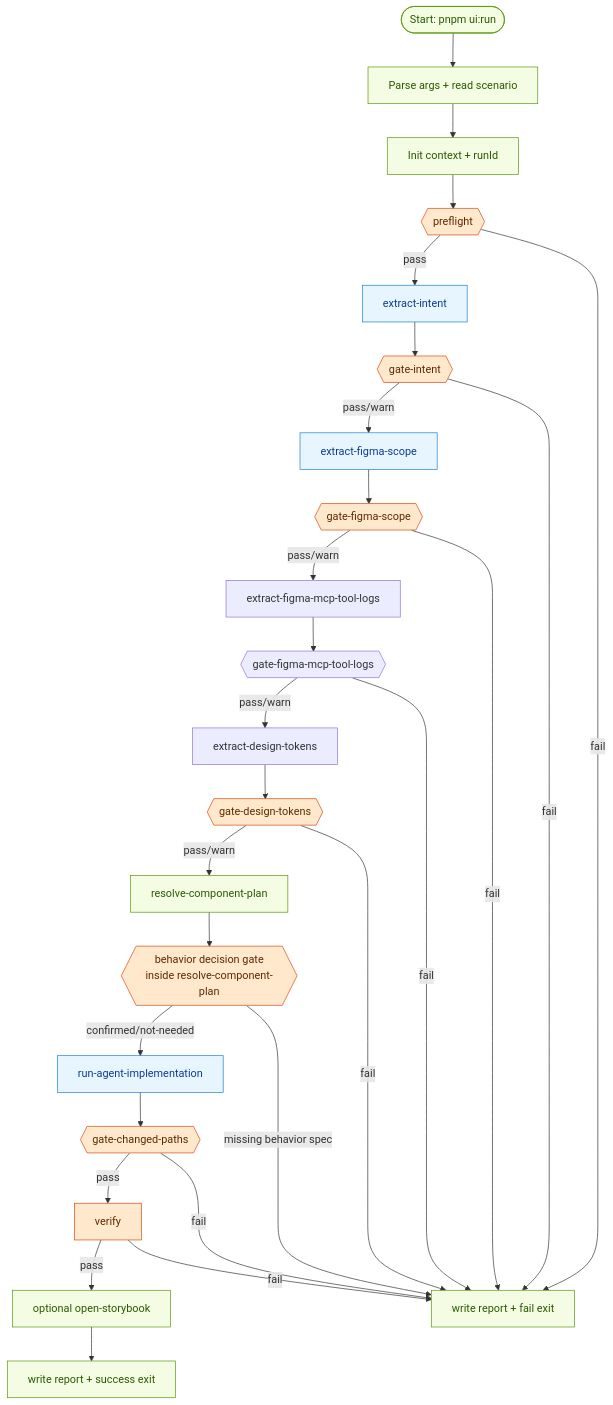
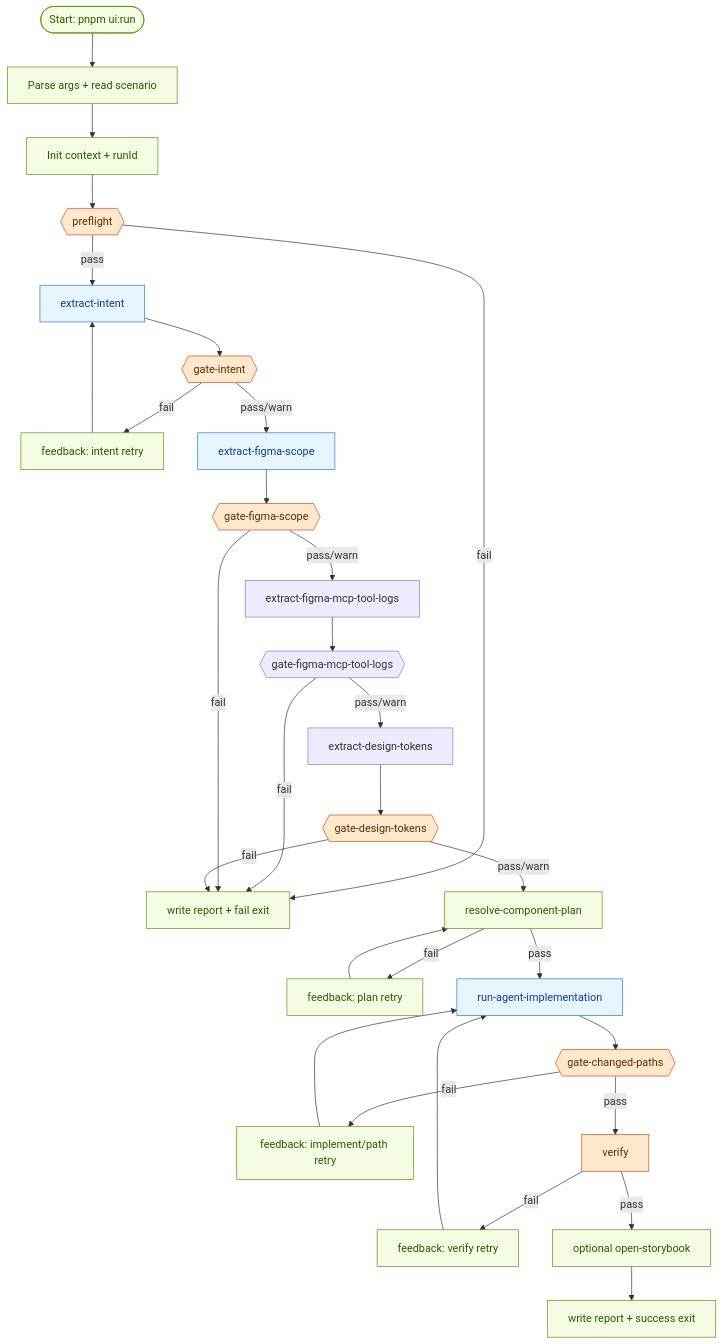
The first of 4 diagrams in orchestration/ui-components/README.md (TEAM-HOUME/HOUME-CLIENT), drawn with Mermaid before and after one commit. The commit also changed other lines of this file and 1 other file, not shown here.

````diff
--- a/orchestration/ui-components/README.md
+++ b/orchestration/ui-components/README.md
@@ -74,42 +95,45 @@
 ```mermaid
 flowchart TD
   A([Start: pnpm ui:run]) --> B[Parse args + read scenario]
   B --> C[Init context + runId]
   C --> D{{preflight}}
 
+  D -- fail --> Z1[write report + fail exit]
   D -- pass --> DI[extract-intent]
   DI --> DG{{gate-intent}}
+  DG -- fail --> DR[feedback: intent retry]
+  DR --> DI
   DG -- pass/warn --> E[extract-figma-scope]
-  DG -- fail --> Z1
-  D -- fail --> Z1[write report + fail exit]
 
   E --> F{{gate-figma-scope}}
   F -- pass/warn --> G0[extract-figma-mcp-tool-logs]
   G0 --> G1{{gate-figma-mcp-tool-logs}}
   G1 -- pass/warn --> G[extract-design-tokens]
   G1 -- fail --> Z1
   F -- fail --> Z1
 
   G --> H{{gate-design-tokens}}
+  H -- fail --> Z1
   H -- pass/warn --> I[resolve-component-plan]
-  H -- fail --> Z1
 
-  I --> J{{behavior decision gate<br/>inside resolve-component-plan}}
-  J -- confirmed/not-needed --> K[run-agent-implementation]
-  J -- missing behavior spec --> Z1
+  I -- fail --> IR[feedback: plan retry]
+  IR --> I
+  I -- pass --> K[run-agent-implementation]
 
   K --> L{{gate-changed-paths}}
+  L -- fail --> KR[feedback: implement/path retry]
+  KR --> K
   L -- pass --> O[verify]
-  L -- fail --> Z1
 
+  O -- fail --> VR[feedback: verify retry]
+  VR --> K
   O -- pass --> P[optional open-storybook]
-  O -- fail --> Z1
   P --> Q[write report + success exit]
 
   classDef gate fill:#ffe8cc,stroke:#d9480f,color:#5c2b00;
   classDef agent fill:#e7f5ff,stroke:#1c7ed6,color:#0b3d91;
   classDef local fill:#f4fce3,stroke:#5c940d,color:#2b5a00;
-  class D,DG,F,H,J,L,O gate;
+  class D,DG,F,H,L,O gate;
   class DI,E,K agent;
-  class A,B,C,P,Q,Z1,I local;
+  class A,B,C,P,Q,Z1,I,DR,IR,KR,VR local;
 ```
````
